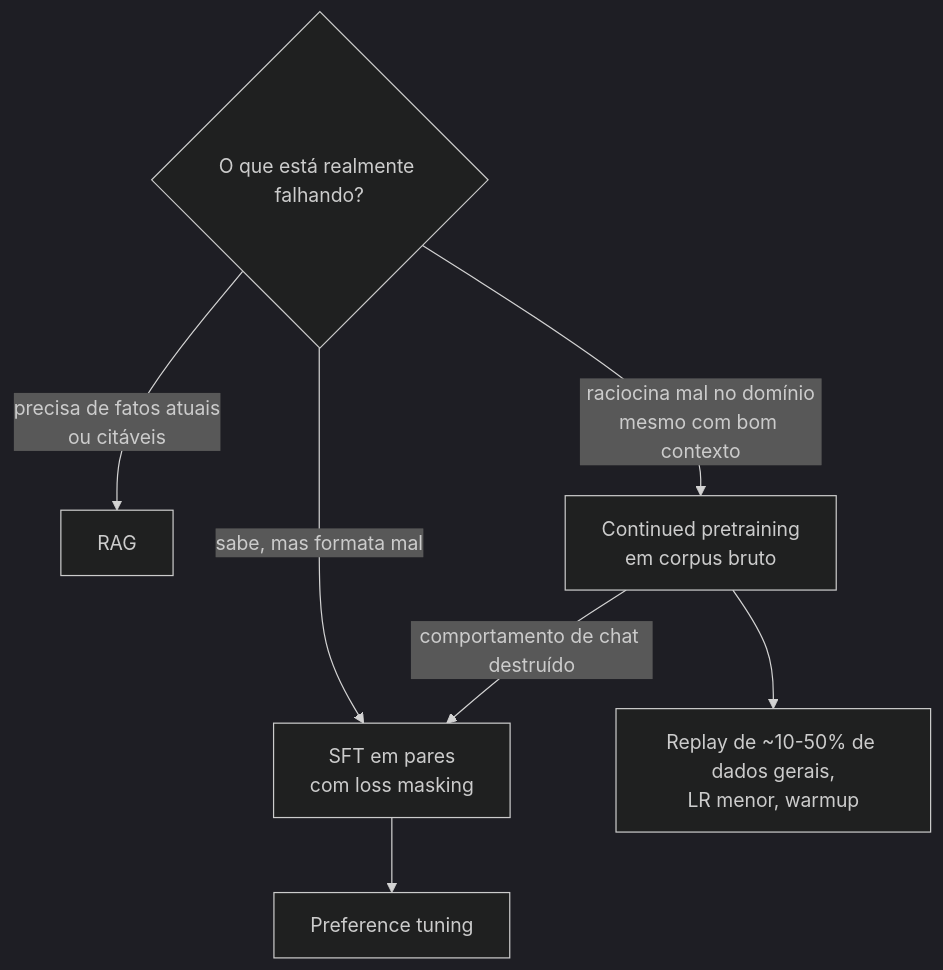
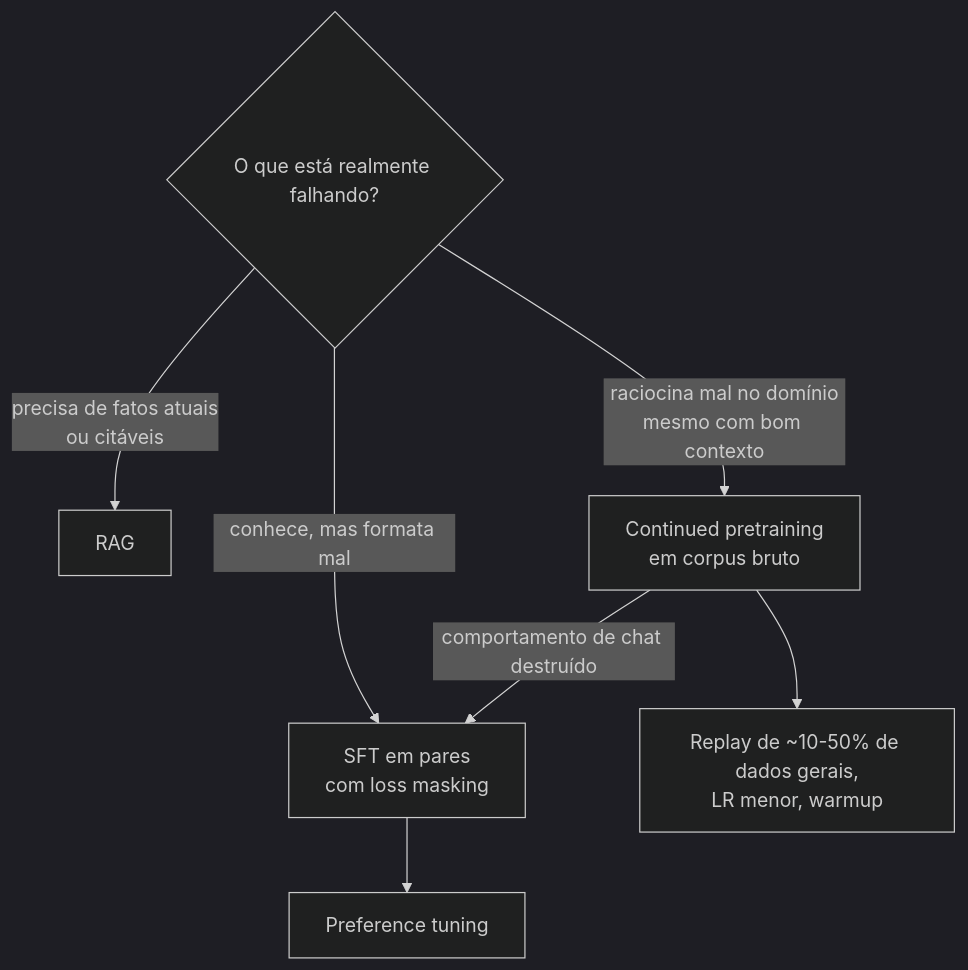
Diagram 16 of 29 in 05-fine-tuning-and-alignment/questions.pt-BR.md (andrevberaldo/AI-Engineer-Interview-Questions), drawn with Mermaid (dark theme) before and after one commit. The commit also changed other lines of this file and 1 other file, not shown here.

````diff
--- a/05-fine-tuning-and-alignment/questions.pt-BR.md
+++ b/05-fine-tuning-and-alignment/questions.pt-BR.md
@@ -706,9 +706,9 @@
 ```mermaid
 flowchart TD
     A{"O que está realmente falhando?"} -->|"precisa de fatos atuais<br/>ou citáveis"| B["RAG"]
     A -->|"raciocina mal no domínio<br/>mesmo com bom contexto"| C["Continued pretraining<br/>em corpus bruto"]
-    A -->|"sabe, mas formata mal"| D["SFT em pares<br/>com loss masking"]
+    A -->|"conhece, mas formata mal"| D["SFT em pares<br/>com loss masking"]
     C -->|"comportamento de chat destruído"| D
     D --> E["Preference tuning"]
     C --> F["Replay de ~10-50% de dados gerais,<br/>LR menor, warmup"]
 ```
````
